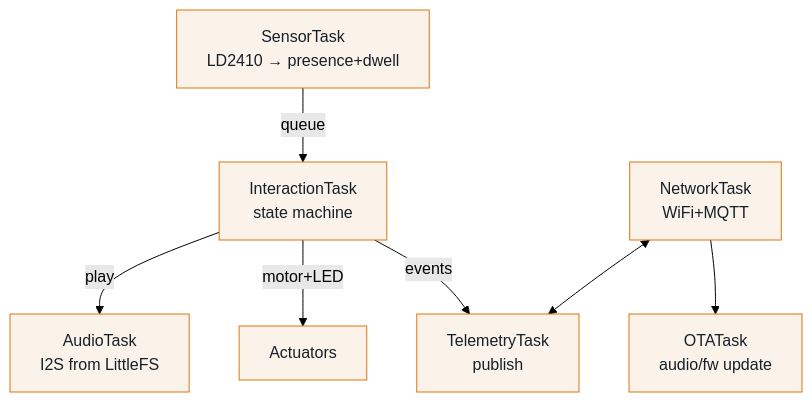
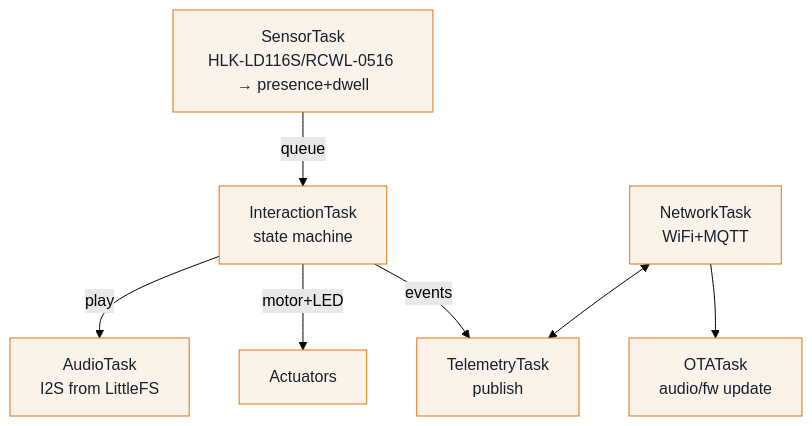
Before and after one commit to manavkhadka0/engage-bot: the second of 2 diagrams in team/ELECTRONICS_ARCHITECTURE.md, drawn with Mermaid (forest theme). The commit also changed other lines of this file and 2 other files, not shown here.

First line of the commit message:
Add Week 1 firmware intern task list; sync electronics docs to current hardware

````diff
--- a/team/ELECTRONICS_ARCHITECTURE.md
+++ b/team/ELECTRONICS_ARCHITECTURE.md
@@ -83,11 +120,11 @@
 ```mermaid
 graph TB
-    SENSE["SensorTask<br/>LD2410 → presence+dwell"] -->|queue| LOGIC["InteractionTask<br/>state machine"]
+    SENSE["SensorTask<br/>HLK-LD116S/RCWL-0516 → presence+dwell"] -->|queue| LOGIC["InteractionTask<br/>state machine"]
     LOGIC -->|play| AUD["AudioTask<br/>I2S from LittleFS"]
     LOGIC -->|motor+LED| ACT["Actuators"]
     LOGIC -->|events| TEL["TelemetryTask<br/>publish"]
     NET["NetworkTask<br/>WiFi+MQTT"] <--> TEL
     NET --> OTA["OTATask<br/>audio/fw update"]
     classDef n fill:#fbf3e9,stroke:#dd7411,color:#15202b;
     class SENSE,LOGIC,AUD,ACT,TEL,NET,OTA n;
 ```
````
